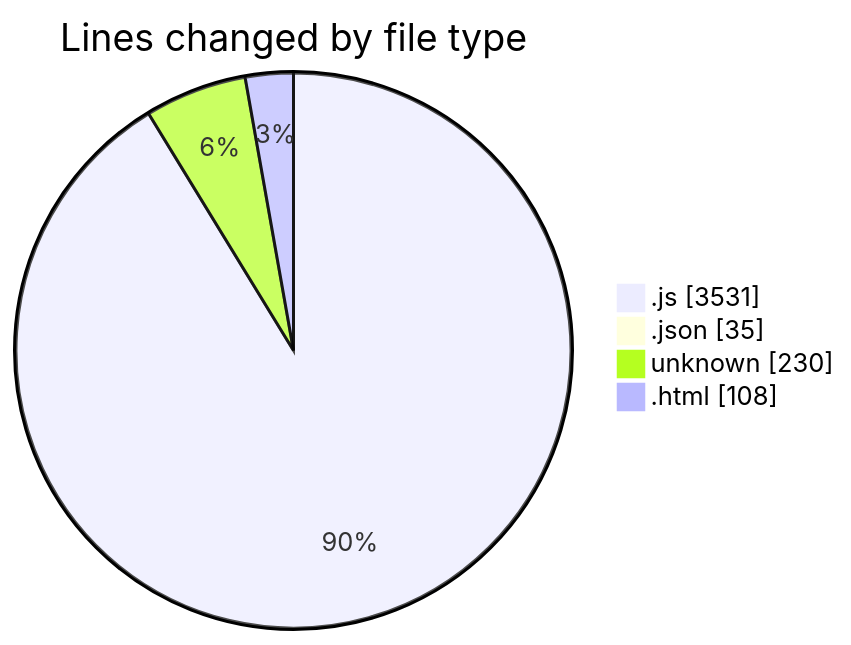
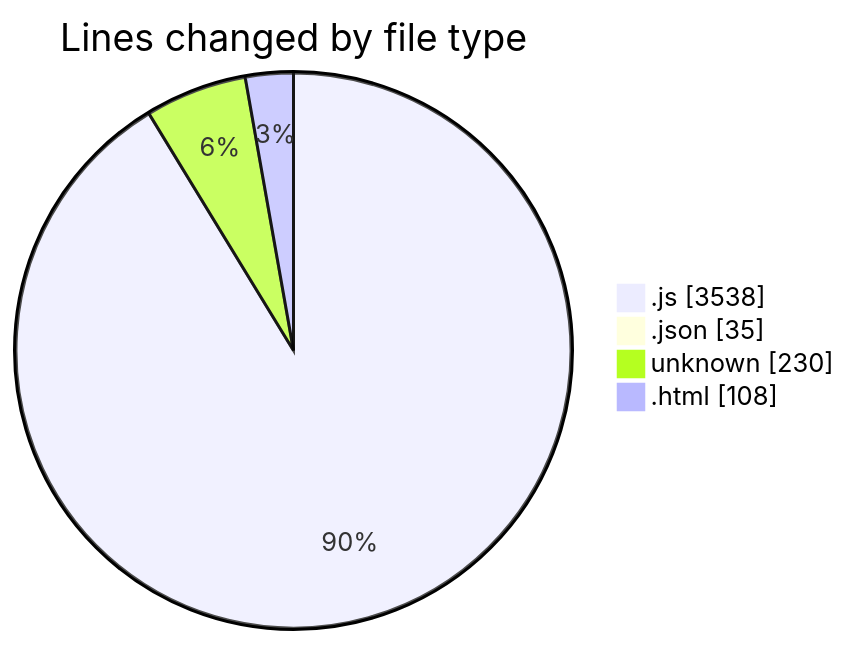
The first of 2 diagrams in 2026-02-20/bot_i_a/README.md (becaeroporto-bot/code-tracking), drawn with Mermaid before and after one commit. The commit also changed other lines of this file and 1 other file, not shown here.

````diff
--- a/2026-02-20/bot_i_a/README.md
+++ b/2026-02-20/bot_i_a/README.md
@@ -44,8 +44,8 @@
 ```mermaid
 pie showData
 title Lines changed by file type
-".js" : 3531
+".js" : 3538
 ".json" : 35
 "unknown" : 230
 ".html" : 108
 ```
````
